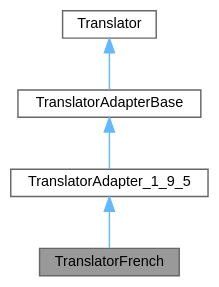
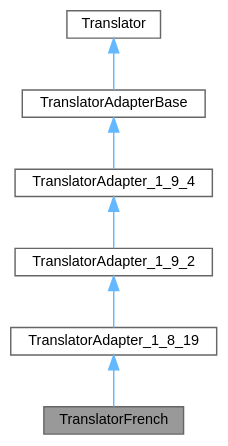
One commit to ModuleWorks/doxygen changed the diagram in df/d99/class_translator_french__inherit__graph.dot. Above: the diagram before and after it, drawn with Graphviz. The commit also changed 5484 other files, not shown here.

```diff
--- a/df/d99/class_translator_french__inherit__graph.dot
+++ b/df/d99/class_translator_french__inherit__graph.dot
@@ -1,15 +1,19 @@
 digraph "TranslatorFrench"
 {
  // INTERACTIVE_SVG=YES
  // LATEX_PDF_SIZE
   bgcolor="transparent";
   edge [fontname=Helvetica,fontsize=10,labelfontname=Helvetica,labelfontsize=10];
   node [fontname=Helvetica,fontsize=10,shape=box,height=0.2,width=0.4];
   Node1 [label="TranslatorFrench",height=0.2,width=0.4,color="gray40", fillcolor="grey60", style="filled", fontcolor="black",tooltip=" "];
   Node2 -> Node1 [dir="back",color="steelblue1",style="solid"];
-  Node2 [label="TranslatorAdapter_1_9_5",height=0.2,width=0.4,color="gray40", fillcolor="white", style="filled",URL="$dd/dba/class_translator_adapter__1__9__5.html",tooltip=" "];
+  Node2 [label="TranslatorAdapter_1_8_19",height=0.2,width=0.4,color="gray40", fillcolor="white", style="filled",URL="$de/dde/class_translator_adapter__1__8__19.html",tooltip=" "];
   Node3 -> Node2 [dir="back",color="steelblue1",style="solid"];
-  Node3 [label="TranslatorAdapterBase",height=0.2,width=0.4,color="gray40", fillcolor="white", style="filled",URL="$db/d6c/class_translator_adapter_base.html",tooltip="Base of the translator adapter tree."];
+  Node3 [label="TranslatorAdapter_1_9_2",height=0.2,width=0.4,color="gray40", fillcolor="white", style="filled",URL="$d3/d2e/class_translator_adapter__1__9__2.html",tooltip=" "];
   Node4 -> Node3 [dir="back",color="steelblue1",style="solid"];
-  Node4 [label="Translator",height=0.2,width=0.4,color="gray40", fillcolor="white", style="filled",URL="$d8/dfb/class_translator.html",tooltip="Abstract base class for all translatable text fragments."];
+  Node4 [label="TranslatorAdapter_1_9_4",height=0.2,width=0.4,color="gray40", fillcolor="white", style="filled",URL="$d0/d33/class_translator_adapter__1__9__4.html",tooltip=" "];
+  Node5 -> Node4 [dir="back",color="steelblue1",style="solid"];
+  Node5 [label="TranslatorAdapterBase",height=0.2,width=0.4,color="gray40", fillcolor="white", style="filled",URL="$db/d6c/class_translator_adapter_base.html",tooltip="Base of the translator adapter tree."];
+  Node6 -> Node5 [dir="back",color="steelblue1",style="solid"];
+  Node6 [label="Translator",height=0.2,width=0.4,color="gray40", fillcolor="white", style="filled",URL="$d8/dfb/class_translator.html",tooltip="Abstract base class for all translatable text fragments."];
 }
```
